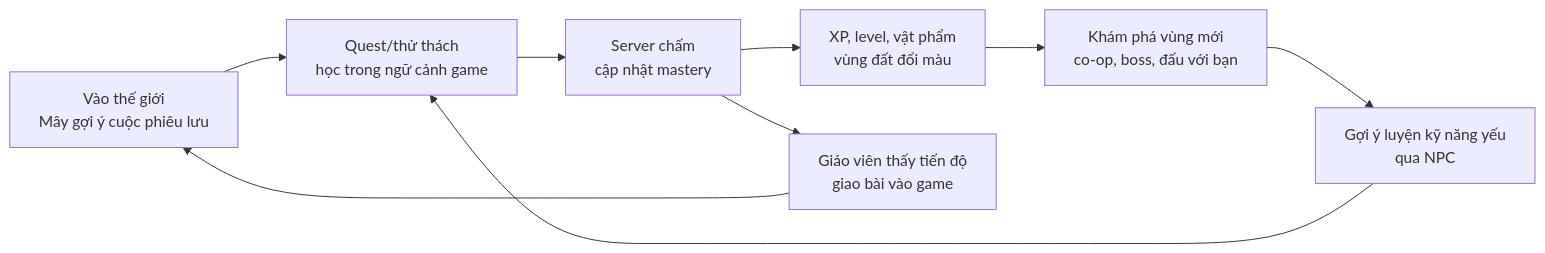
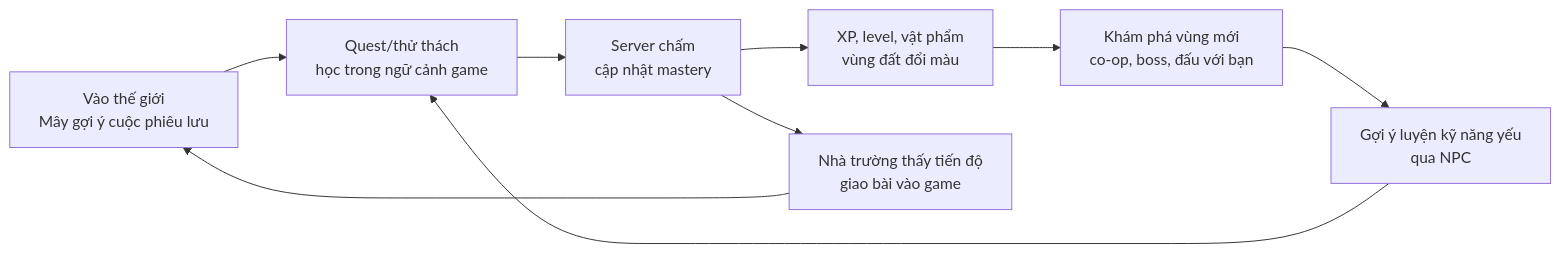
Before and after one commit to tanguyen2020/eduworld-platform: the diagram in docs/00-overview/PRODUCT_VISION.md, drawn with Mermaid. The commit also changed other lines of this file and 922 other files, not shown here.

````diff
--- a/docs/00-overview/PRODUCT_VISION.md
+++ b/docs/00-overview/PRODUCT_VISION.md
@@ -46,11 +46,11 @@
 ```mermaid
 flowchart LR
   A["Vào thế giới<br/>Mây gợi ý cuộc phiêu lưu"] --> B["Quest/thử thách<br/>học trong ngữ cảnh game"]
   B --> C["Server chấm<br/>cập nhật mastery"]
   C --> D["XP, level, vật phẩm<br/>vùng đất đổi màu"]
   D --> E["Khám phá vùng mới<br/>co-op, boss, đấu với bạn"]
   E --> F["Gợi ý luyện kỹ năng yếu<br/>qua NPC"]
   F --> B
-  C --> G["Giáo viên thấy tiến độ<br/>giao bài vào game"]
+  C --> G["Nhà trường thấy tiến độ<br/>giao bài vào game"]
   G --> A
 ```
````
